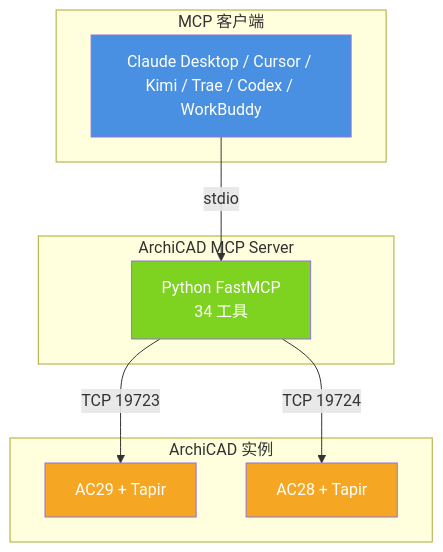
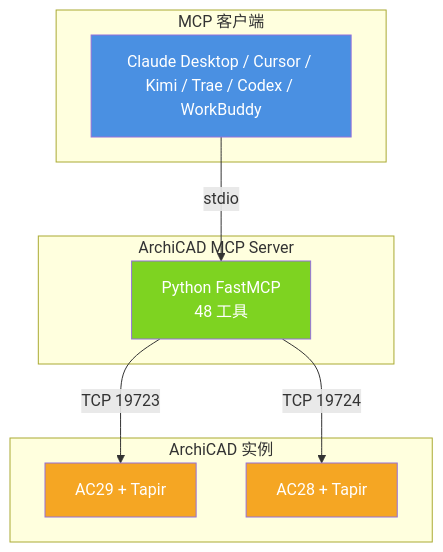
The diagram in readme.md (archilau0315/archilinkai), drawn with Mermaid before and after one commit. The commit also changed other lines of this file and 5 other files, not shown here.

First line of the commit message:
V0.32 P1 Tapir 命令批：碰撞/图层/收藏夹/IFC/区域边界/详情修改

````diff
--- a/readme.md
+++ b/readme.md
@@ -62,20 +62,20 @@
 ```mermaid
 flowchart TB
     subgraph Client["MCP 客户端"]
         C[Claude Desktop / Cursor / Kimi / Trae / Codex / WorkBuddy]
     end
     subgraph Server["ArchiCAD MCP Server"]
-        S[Python FastMCP<br/>34 工具]
+        S[Python FastMCP<br/>48 工具]
     end
     subgraph AC["ArchiCAD 实例"]
         A1[AC29 + Tapir]
         A2[AC28 + Tapir]
     end
     C -->|stdio| S
     S -->|TCP 19723| A1
     S -->|TCP 19724| A2
     style C fill:#4a90e2,color:#fff
     style S fill:#7ed321,color:#fff
     style A1 fill:#f5a623,color:#fff
     style A2 fill:#f5a623,color:#fff
 ```
````
